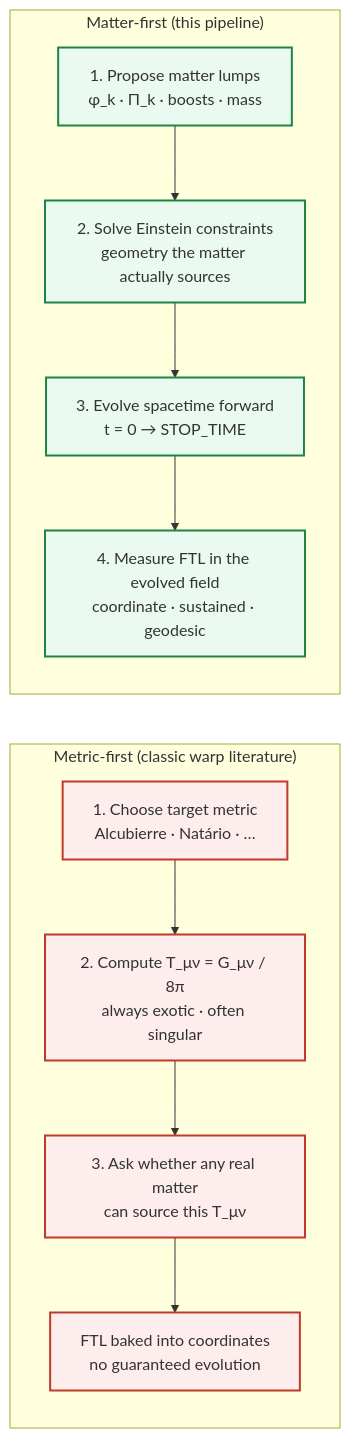
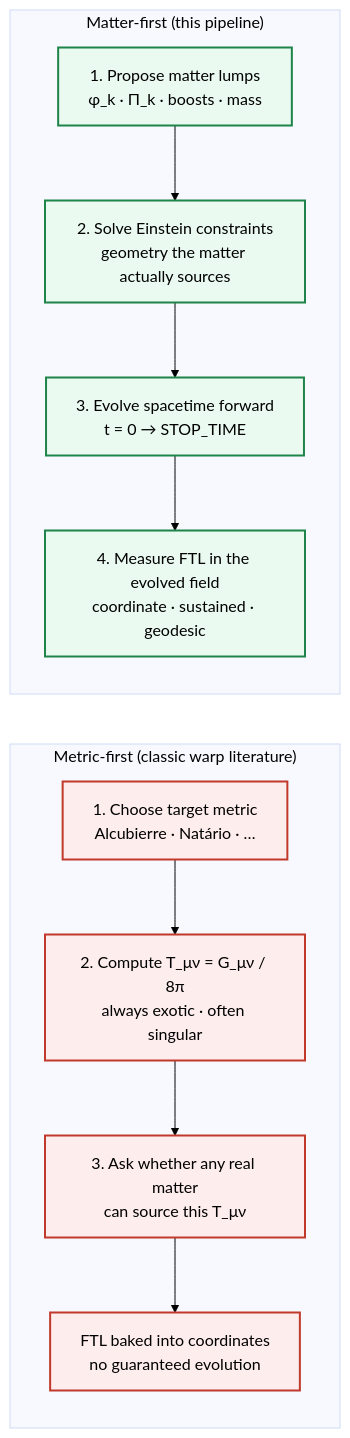
Before and after one commit to Nikchik-coder/GRTeclyn: the second of 6 diagrams in research/neuralspacetime/MapElites.md, drawn with Mermaid. The commit also changed other lines of this file, not shown here.

Commit message:
fix: diagrams

````diff
--- a/research/neuralspacetime/MapElites.md
+++ b/research/neuralspacetime/MapElites.md
@@ -114,25 +115,26 @@
 ```mermaid
+%%{init: {'theme':'base', 'themeVariables': {'primaryTextColor':'#000','secondaryTextColor':'#000','tertiaryTextColor':'#000','lineColor':'#000','actorTextColor':'#000','signalTextColor':'#000','noteTextColor':'#000','labelTextColor':'#000'}}}%%
 flowchart LR
     subgraph CLASSIC["Metric-first (classic warp literature)"]
         direction TB
         C1["1. Choose target metric<br/>Alcubierre · Natário · …"]
         C2["2. Compute T_μν = G_μν / 8π<br/>always exotic · often singular"]
         C3["3. Ask whether any real matter<br/>can source this T_μν"]
         C4["FTL baked into coordinates<br/>no guaranteed evolution"]
         C1 --> C2 --> C3 --> C4
     end
 
     subgraph OURS["Matter-first (this pipeline)"]
         direction TB
         M1["1. Propose matter lumps<br/>φ_k · Π_k · boosts · mass"]
         M2["2. Solve Einstein constraints<br/>geometry the matter actually sources"]
         M3["3. Evolve spacetime forward<br/>t = 0 → STOP_TIME"]
         M4["4. Measure FTL in the evolved field<br/>coordinate · sustained · geodesic"]
         M1 --> M2 --> M3 --> M4
     end
 
-    classDef classic fill:#fdedec,stroke:#c0392b,stroke-width:2px
-    classDef ours fill:#eafaf1,stroke:#1e8449,stroke-width:2px
+    classDef classic fill:#fdedec,stroke:#c0392b,stroke-width:2px,color:#000
+    classDef ours fill:#eafaf1,stroke:#1e8449,stroke-width:2px,color:#000
     class C1,C2,C3,C4 classic
     class M1,M2,M3,M4 ours
 ```
````
